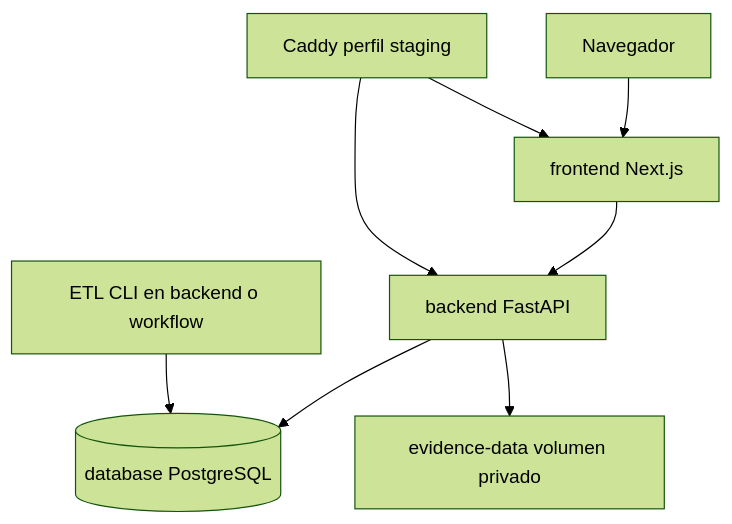
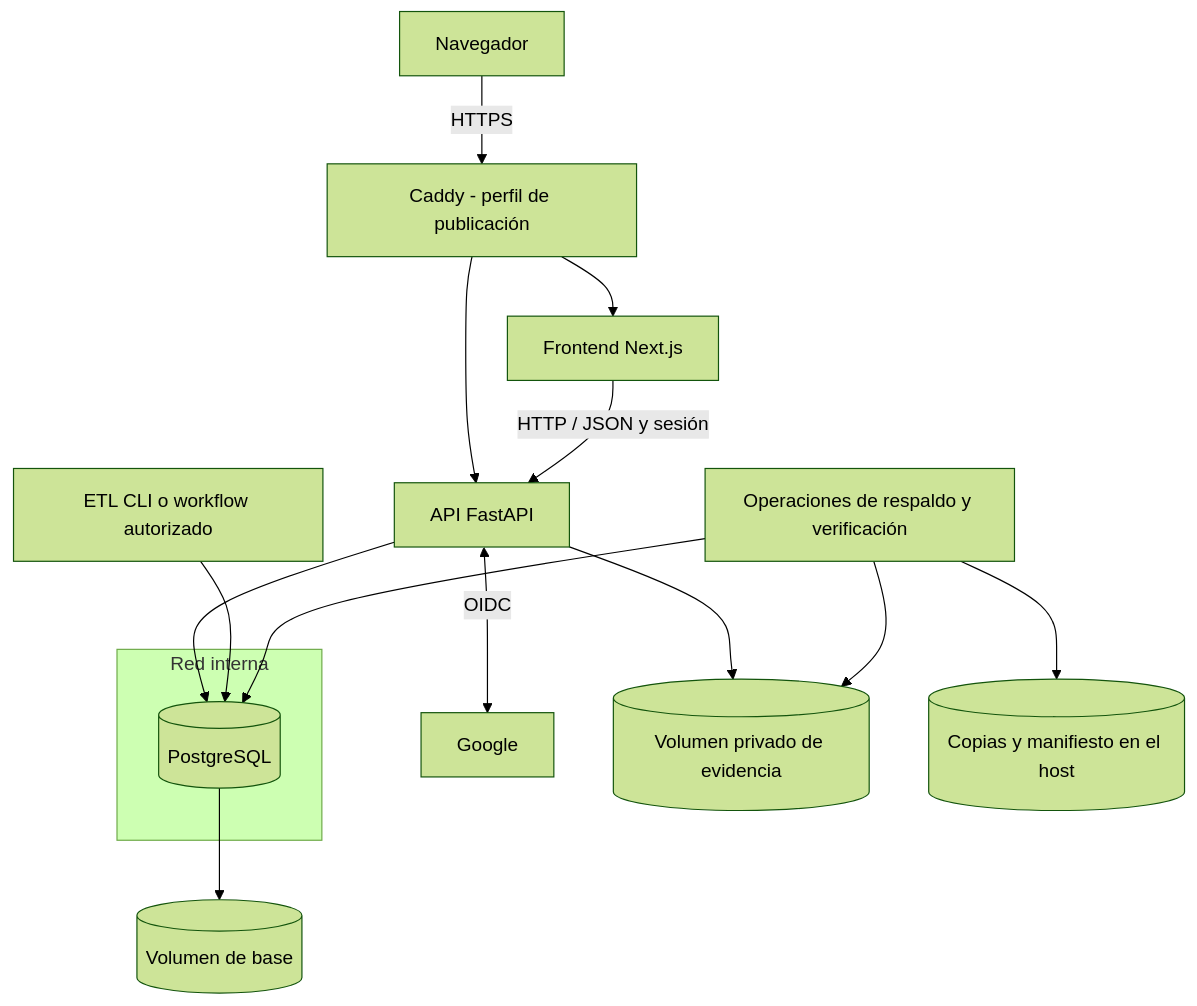
One commit to Kiara1616/pulse-epis changed diagram 14 of 14 in docs/academico/FD04-Arquitectura-Software.md. Above: the diagram before and after it, drawn with Mermaid (forest theme). The commit also changed other lines of this file, not shown here.

````diff
--- a/docs/academico/FD04-Arquitectura-Software.md
+++ b/docs/academico/FD04-Arquitectura-Software.md
@@ -382,10 +757,18 @@
 ```mermaid
-flowchart TD
-    B[Navegador] --> F[frontend Next.js]
-    F --> API[backend FastAPI]
-    API --> DB[(database PostgreSQL)]
-    API --> VOL[evidence-data volumen privado]
-    CLI[ETL CLI en backend o workflow] --> DB
-    C[Caddy perfil staging] --> F
-    C --> API
+flowchart TB
+    B[Navegador] -->|HTTPS| C[Caddy - perfil de publicación]
+    C --> F[Frontend Next.js]
+    C --> A[API FastAPI]
+    F -->|HTTP / JSON y sesión| A
+    A <-->|OIDC| G[Google]
+    subgraph PRIV[Red interna]
+        DB[(PostgreSQL)]
+    end
+    A --> DB
+    A --> E[(Volumen privado de evidencia)]
+    DB --> V[(Volumen de base)]
+    T[ETL CLI o workflow autorizado] --> DB
+    O[Operaciones de respaldo y verificación] --> DB
+    O --> E
+    O --> R[(Copias y manifiesto en el host)]
 ```
````
